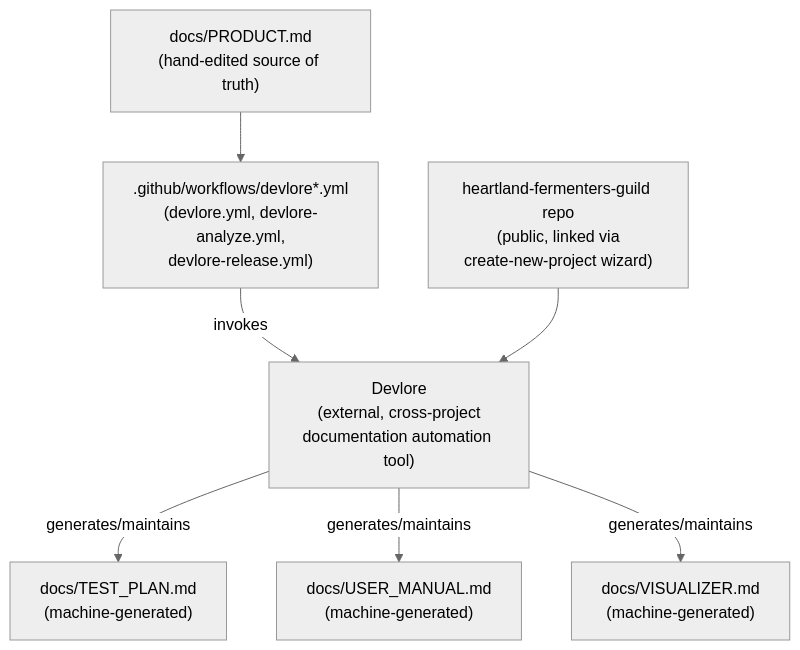
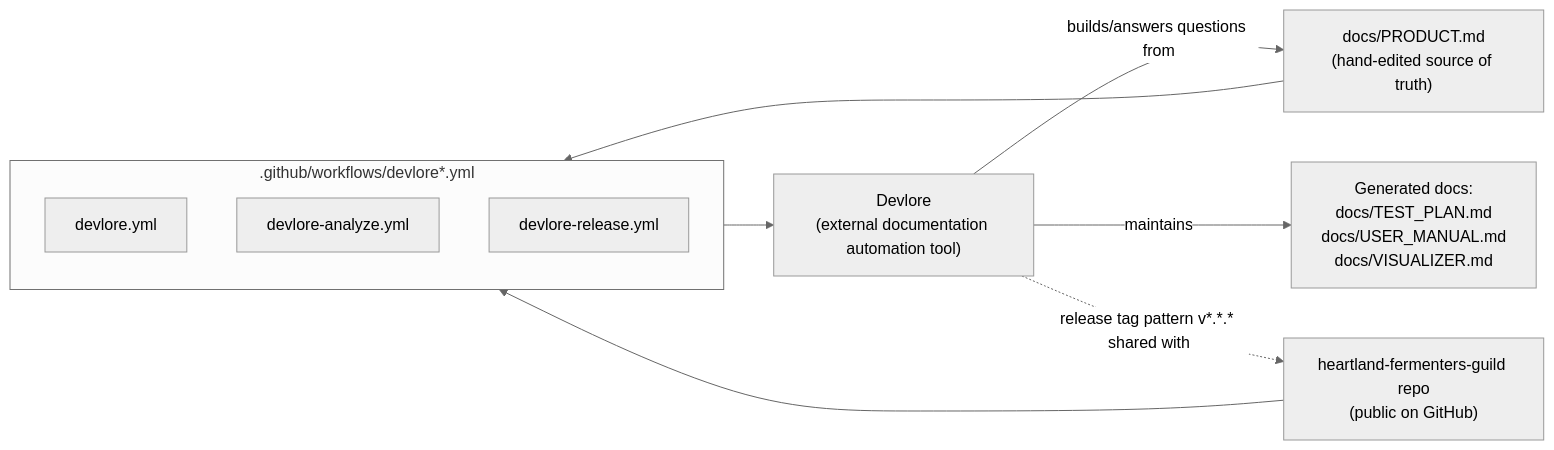
Before and after one commit to BubbaF377/heartland-fermenters-guild: the third of 3 diagrams in docs/VISUALIZER.md, drawn with Mermaid (neutral theme). The commit also changed other lines of this file, not shown here.

Commit message:
Update visualizer (requirements changed): heartland-fermenters-guild

````diff
--- a/docs/VISUALIZER.md
+++ b/docs/VISUALIZER.md
@@ -78,17 +90,22 @@
 ```mermaid
-graph TD
+graph LR
     ProductDoc["docs/PRODUCT.md<br/>(hand-edited source of truth)"]
-    DevloreWorkflows[".github/workflows/devlore*.yml<br/>(devlore.yml, devlore-analyze.yml,<br/>devlore-release.yml)"]
-    Devlore["Devlore<br/>(external, cross-project<br/>documentation automation tool)"]
-    TestPlan["docs/TEST_PLAN.md<br/>(machine-generated)"]
-    UserManual["docs/USER_MANUAL.md<br/>(machine-generated)"]
-    Visualizer["docs/VISUALIZER.md<br/>(machine-generated)"]
+    Repo["heartland-fermenters-guild repo<br/>(public on GitHub)"]
+
+    subgraph DevloreWorkflows[".github/workflows/devlore*.yml"]
+        DevloreMain["devlore.yml"]
+        DevloreAnalyze["devlore-analyze.yml"]
+        DevloreRelease["devlore-release.yml"]
+    end
+
+    Devlore["Devlore<br/>(external documentation automation tool)"]
+
+    Generated["Generated docs:<br/>docs/TEST_PLAN.md<br/>docs/USER_MANUAL.md<br/>docs/VISUALIZER.md"]
 
     ProductDoc --> DevloreWorkflows
-    DevloreWorkflows -->|"invokes"| Devlore
-    Devlore -->|"generates/maintains"| TestPlan
-    Devlore -->|"generates/maintains"| UserManual
-    Devlore -->|"generates/maintains"| Visualizer
-
-    Repo["heartland-fermenters-guild repo<br/>(public, linked via<br/>create-new-project wizard)"] --> Devlore
+    DevloreWorkflows --> Devlore
+    Devlore -->|"builds/answers questions from"| ProductDoc
+    Devlore -->|"maintains"| Generated
+    Devlore -.->|"release tag pattern v*.*.* shared with"| Repo
+    Repo --> DevloreWorkflows
 ```
````
